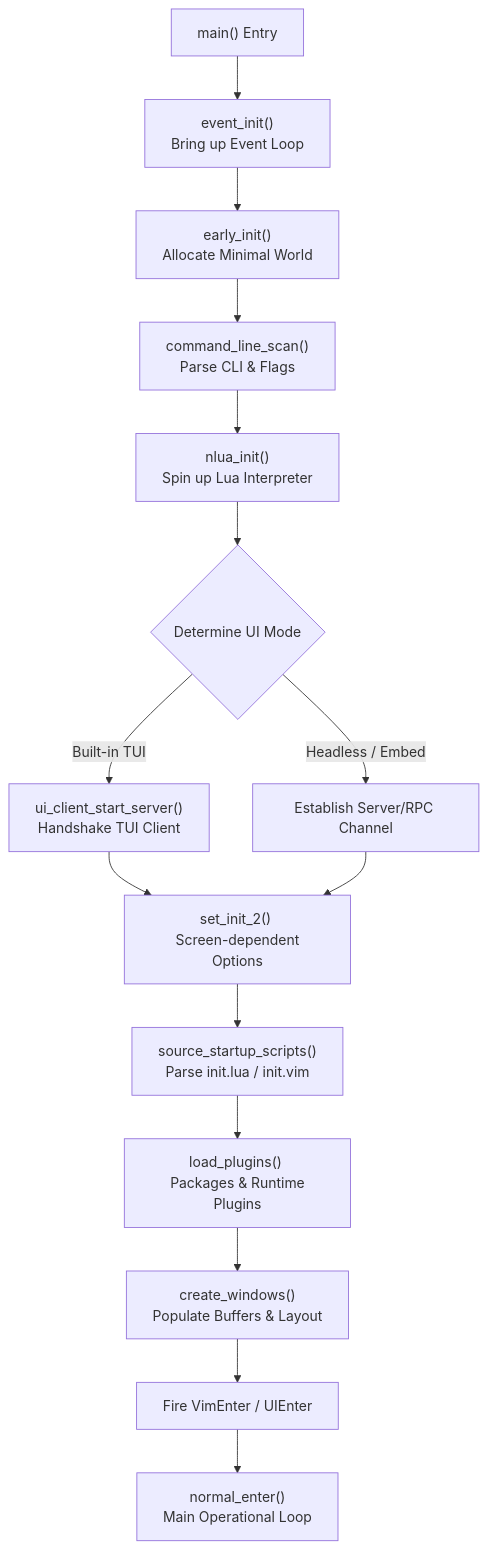
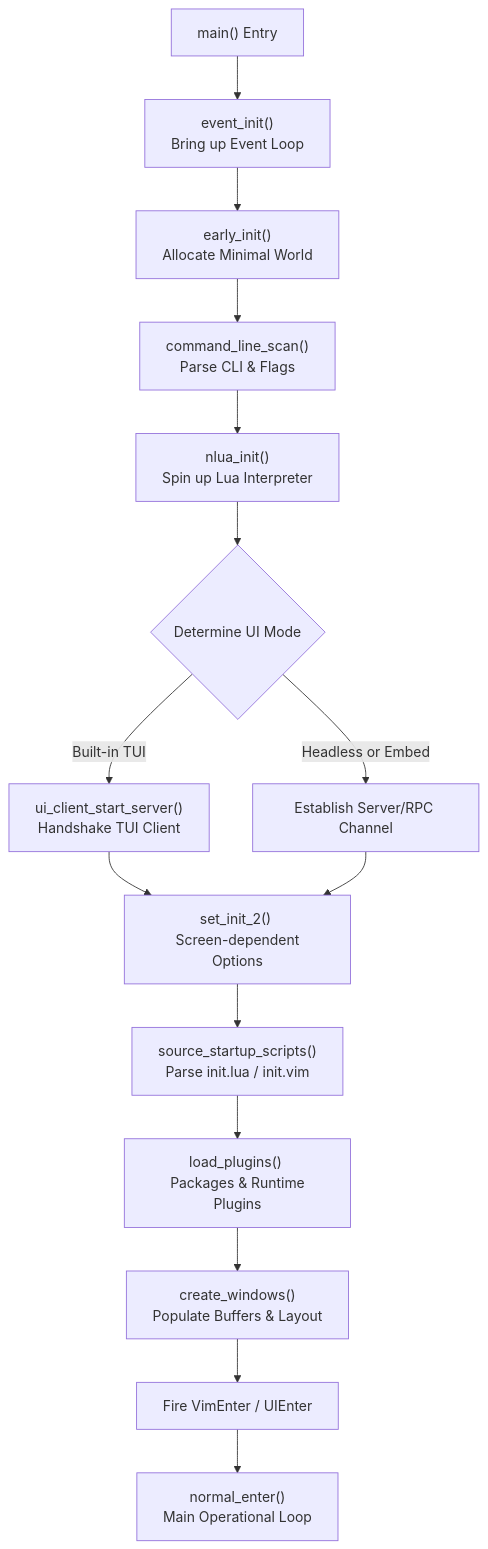
One commit to git-emran/DevNotes changed the diagram in Neovim/Neovim-Contribution.md. Above: the diagram before and after it, drawn with Mermaid. The commit also changed other lines of this file and 8 other files, not shown here.

````diff
--- a/Neovim/Neovim-Contribution.md
+++ b/Neovim/Neovim-Contribution.md
@@ -78,22 +78,21 @@
 ```mermaid
 
 flowchart TD
-  A["main() Entry"] --> B["event_init() <br> Bring up Event Loop"]
-  B --> C["early_init() <br> Allocate Minimal World"]
-  C --> D["command_line_scan() <br> Parse CLI & Flags"]
-  D --> E["nlua_init() <br> Spin up Lua Interpreter"]
+  A["main() Entry"] --> B["event_init() \n Bring up Event Loop"]
+  B --> C["early_init() \n Allocate Minimal World"]
+  C --> D["command_line_scan() \n Parse CLI & Flags"]
+  D --> E["nlua_init() \n Spin up Lua Interpreter"]
   E --> F{"Determine UI Mode"}
   
-  F -->|Built-in TUI| G["ui_client_start_server() <br> Handshake TUI Client"]
-  F -->|Headless / Embed| H["Establish Server/RPC Channel"]
+  F -->|Built-in TUI| G["ui_client_start_server() \n Handshake TUI Client"]
+  F -->|Headless or Embed| H["Establish Server/RPC Channel"]
   
-  G --> I["set_init_2() <br> Screen-dependent Options"]
+  G --> I["set_init_2() \n Screen-dependent Options"]
   H --> I
   
-  I --> J["source_startup_scripts() <br> Parse init.lua / init.vim"]
-  J --> K["load_plugins() <br> Packages & Runtime Plugins"]
-  K --> L["create_windows() <br> Populate Buffers & Layout"]
+  I --> J["source_startup_scripts() \n Parse init.lua / init.vim"]
+  J --> K["load_plugins() \n Packages & Runtime Plugins"]
+  K --> L["create_windows() \n Populate Buffers & Layout"]
   L --> M["Fire VimEnter / UIEnter"]
-  M --> N["normal_enter() <br> Main Operational Loop"]
-  
+  M --> N["normal_enter() \n Main Operational Loop"]
 ```
````
